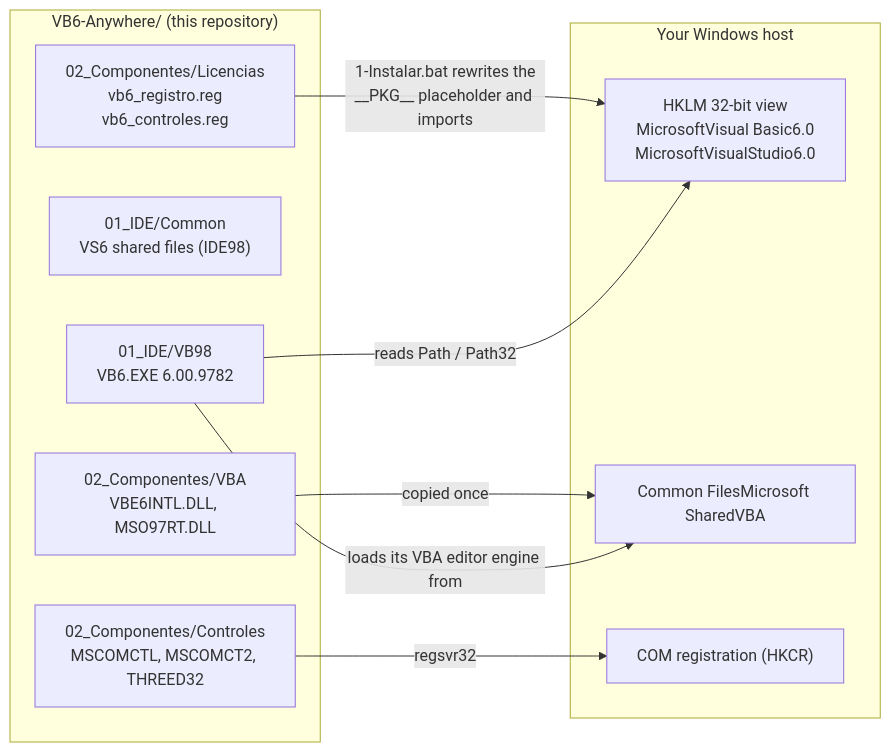
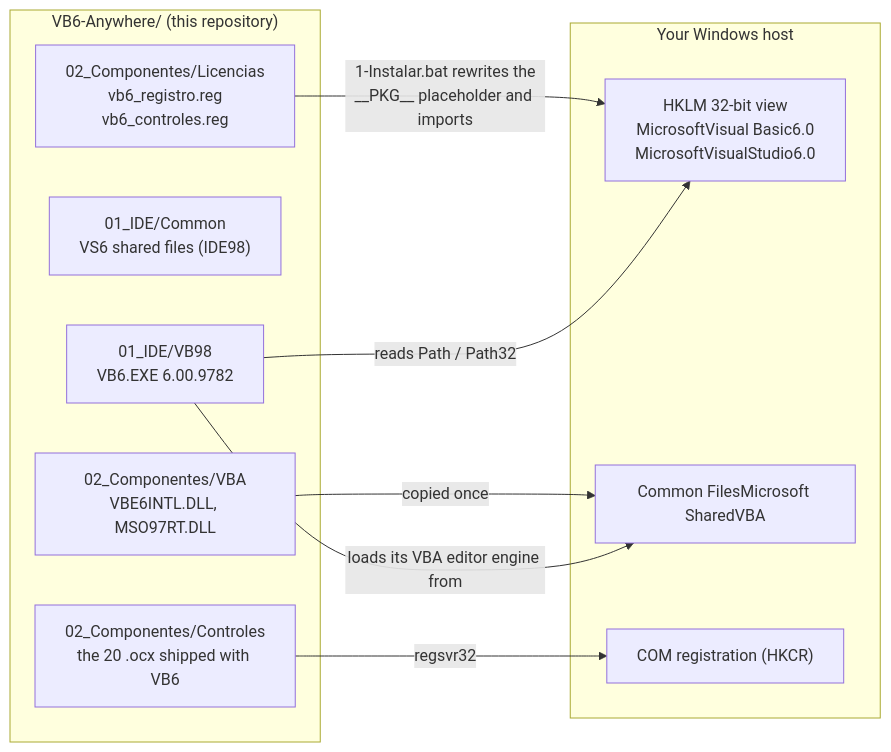
One commit to Samuelsgalva/vb6-anywhere changed the second of 5 diagrams in README.en.md. Above: the diagram before and after it, drawn with Mermaid. The commit also changed other lines of this file and 6 other files, not shown here.

First line of the commit message:
Incluir COMCTL32.OCX (Common Controls 5.0), que no es MSCOMCTL

````diff
--- a/README.en.md
+++ b/README.en.md
@@ -106,22 +106,22 @@
 ```mermaid
 flowchart LR
     subgraph PKG["VB6-Anywhere/ (this repository)"]
         IDE["01_IDE/VB98<br/>VB6.EXE 6.00.9782"]
         SHARED["01_IDE/Common<br/>VS6 shared files (IDE98)"]
         VBA["02_Componentes/VBA<br/>VBE6INTL.DLL, MSO97RT.DLL"]
-        OCX["02_Componentes/Controles<br/>MSCOMCTL, MSCOMCT2, THREED32"]
+        OCX["02_Componentes/Controles<br/>the 20 .ocx shipped with VB6"]
         REG["02_Componentes/Licencias<br/>vb6_registro.reg<br/>vb6_controles.reg"]
     end
 
     subgraph HOST["Your Windows host"]
         HKLM["HKLM 32-bit view<br/>MicrosoftVisual Basic6.0<br/>MicrosoftVisualStudio6.0"]
         CF["Common FilesMicrosoft SharedVBA"]
         COM["COM registration (HKCR)"]
     end
 
     REG -- "1-Instalar.bat rewrites the<br/>__PKG__ placeholder and imports" --> HKLM
     VBA -- "copied once" --> CF
     OCX -- "regsvr32" --> COM
     IDE -- "reads Path / Path32" --> HKLM
     IDE -- "loads its VBA editor engine from" --> CF
 ```
````
